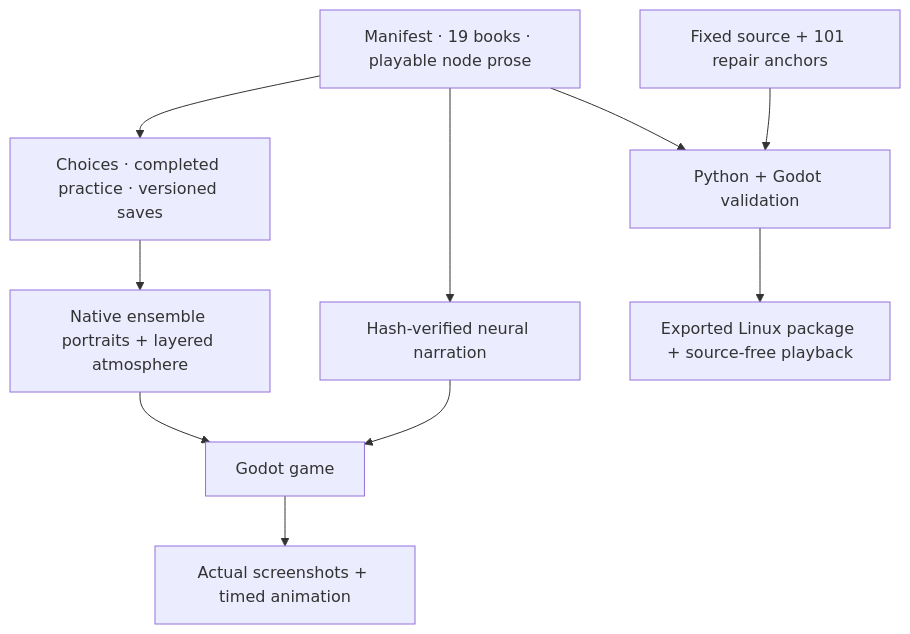
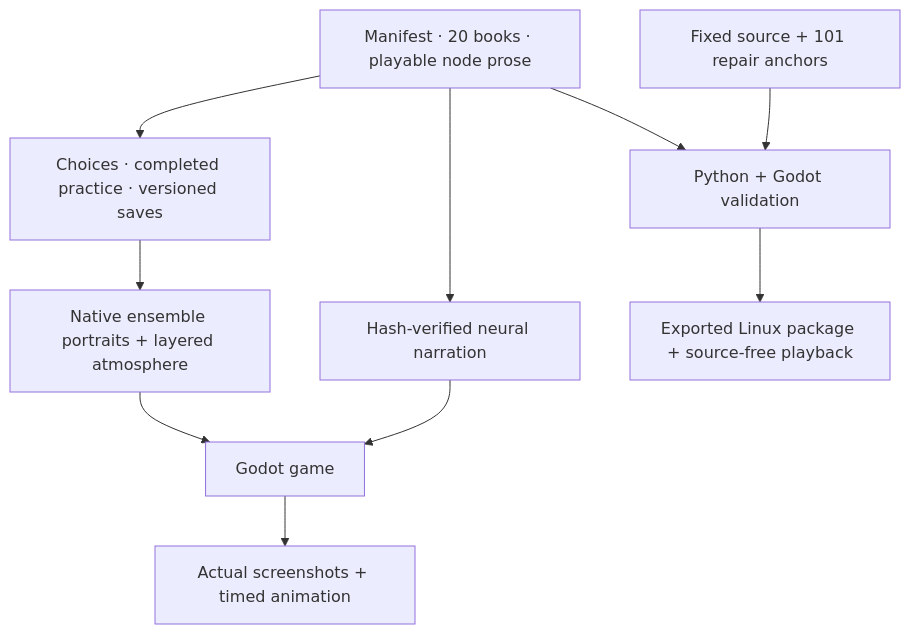
Before and after one commit to jgyy/octxian: the sixth of 6 diagrams in README.md, drawn with Mermaid. The commit also changed other lines of this file and 19 other files, not shown here.

````diff
--- a/README.md
+++ b/README.md
@@ -190,12 +215,12 @@
 ```mermaid
 flowchart TD
-  Books["Manifest · 19 books · playable node prose"] --> State["Choices · completed practice · versioned saves"]
+  Books["Manifest · 20 books · playable node prose"] --> State["Choices · completed practice · versioned saves"]
   State --> Stage["Native ensemble portraits + layered atmosphere"]
   Books --> Voice["Hash-verified neural narration"]
   Voice --> Game["Godot game"]
   Stage --> Game
   Source["Fixed source + 101 repair anchors"] --> Checks["Python + Godot validation"]
   Books --> Checks
   Game --> Capture["Actual screenshots + timed animation"]
   Checks --> Package["Exported Linux package + source-free playback"]
 ```
````
